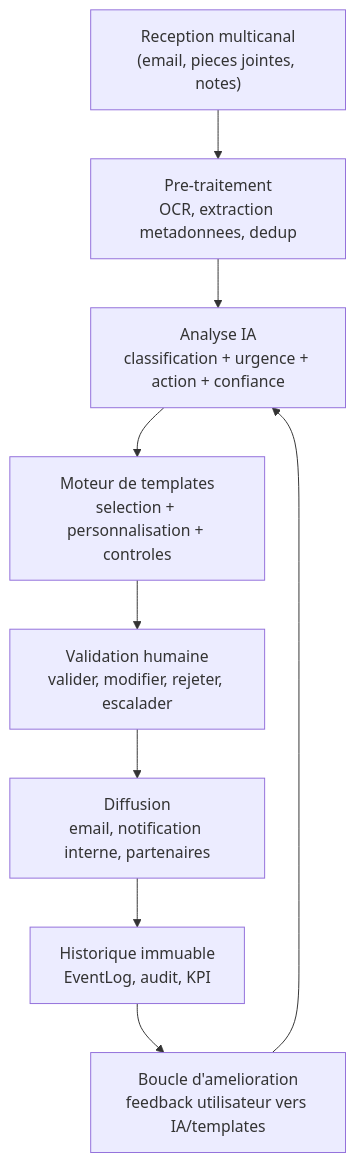
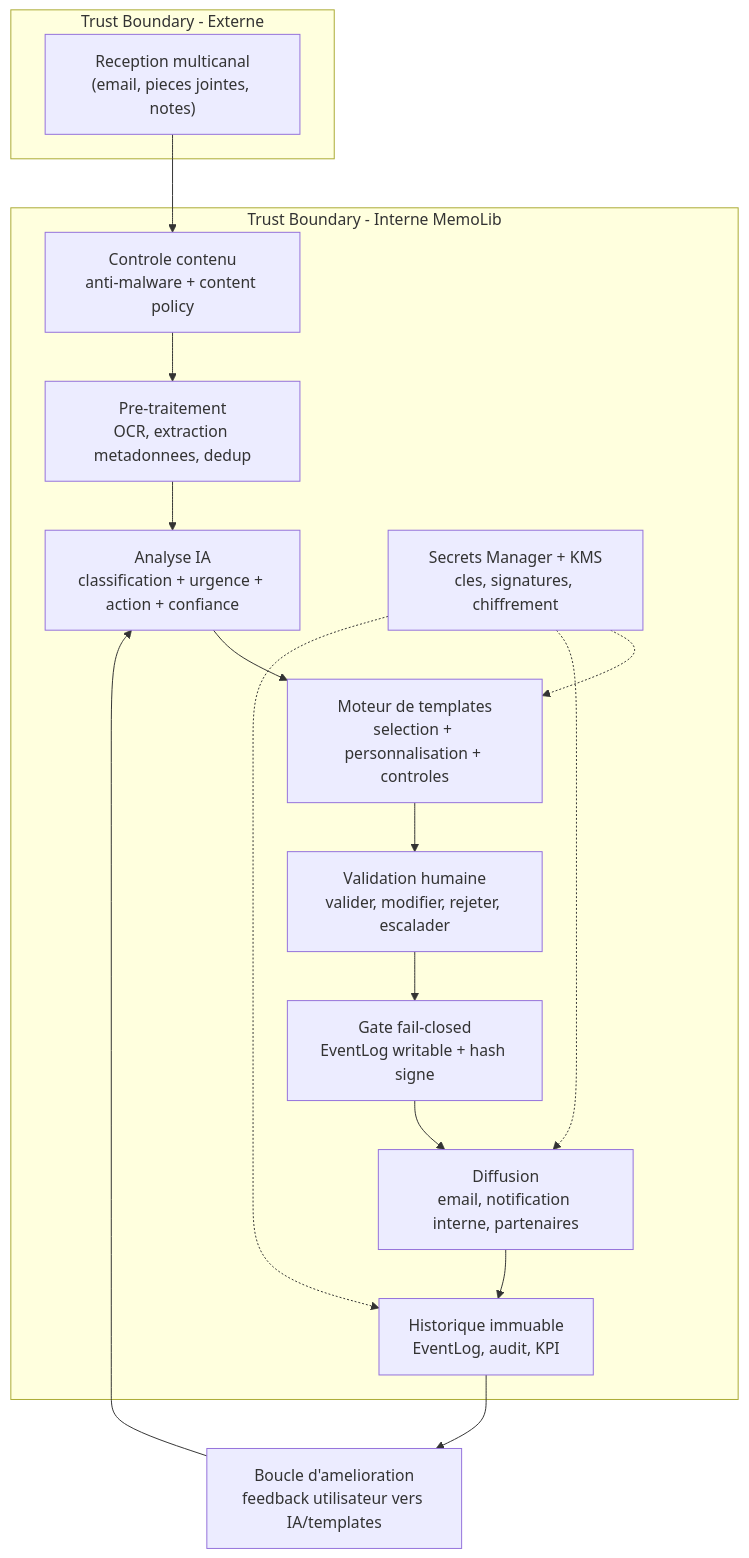
The first of 4 diagrams in docs/WORKFLOW_COMMUNICATION.md (mobby57/memoLib), drawn with Mermaid before and after one commit. The commit also changed other lines of this file and 1 other file, not shown here.

First line of the commit message:
docs(security): embed P0 threat controls in app diagrams

````diff
--- a/docs/WORKFLOW_COMMUNICATION.md
+++ b/docs/WORKFLOW_COMMUNICATION.md
@@ -41,13 +41,25 @@
 ```mermaid
 flowchart TD
-    A["Reception multicanal\n(email, pieces jointes, notes)"]
-    B["Pre-traitement\nOCR, extraction metadonnees, dedup"]
-    C["Analyse IA\nclassification + urgence + action + confiance"]
-    D["Moteur de templates\nselection + personnalisation + controles"]
-    E["Validation humaine\nvalider, modifier, rejeter, escalader"]
-    F["Diffusion\nemail, notification interne, partenaires"]
-    G["Historique immuable\nEventLog, audit, KPI"]
+    subgraph EXT["Trust Boundary - Externe"]
+        A["Reception multicanal\n(email, pieces jointes, notes)"]
+    end
+
+    subgraph INT["Trust Boundary - Interne MemoLib"]
+        S["Controle contenu\nanti-malware + content policy"]
+        B["Pre-traitement\nOCR, extraction metadonnees, dedup"]
+        C["Analyse IA\nclassification + urgence + action + confiance"]
+        D["Moteur de templates\nselection + personnalisation + controles"]
+        E["Validation humaine\nvalider, modifier, rejeter, escalader"]
+        X["Gate fail-closed\nEventLog writable + hash signe"]
+        F["Diffusion\nemail, notification interne, partenaires"]
+        G["Historique immuable\nEventLog, audit, KPI"]
+        K["Secrets Manager + KMS\ncles, signatures, chiffrement"]
+    end
+
     H["Boucle d'amelioration\nfeedback utilisateur vers IA/templates"]
 
-    A --> B --> C --> D --> E --> F --> G --> H --> C
+    A --> S --> B --> C --> D --> E --> X --> F --> G --> H --> C
+    K -.-> D
+    K -.-> F
+    K -.-> G
 ```
````
